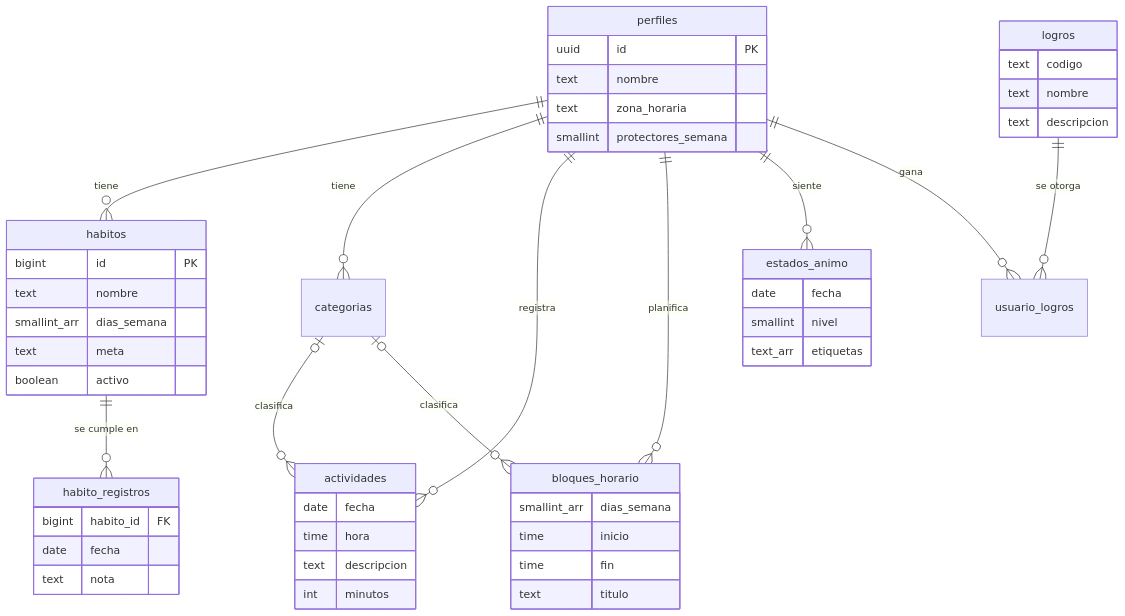
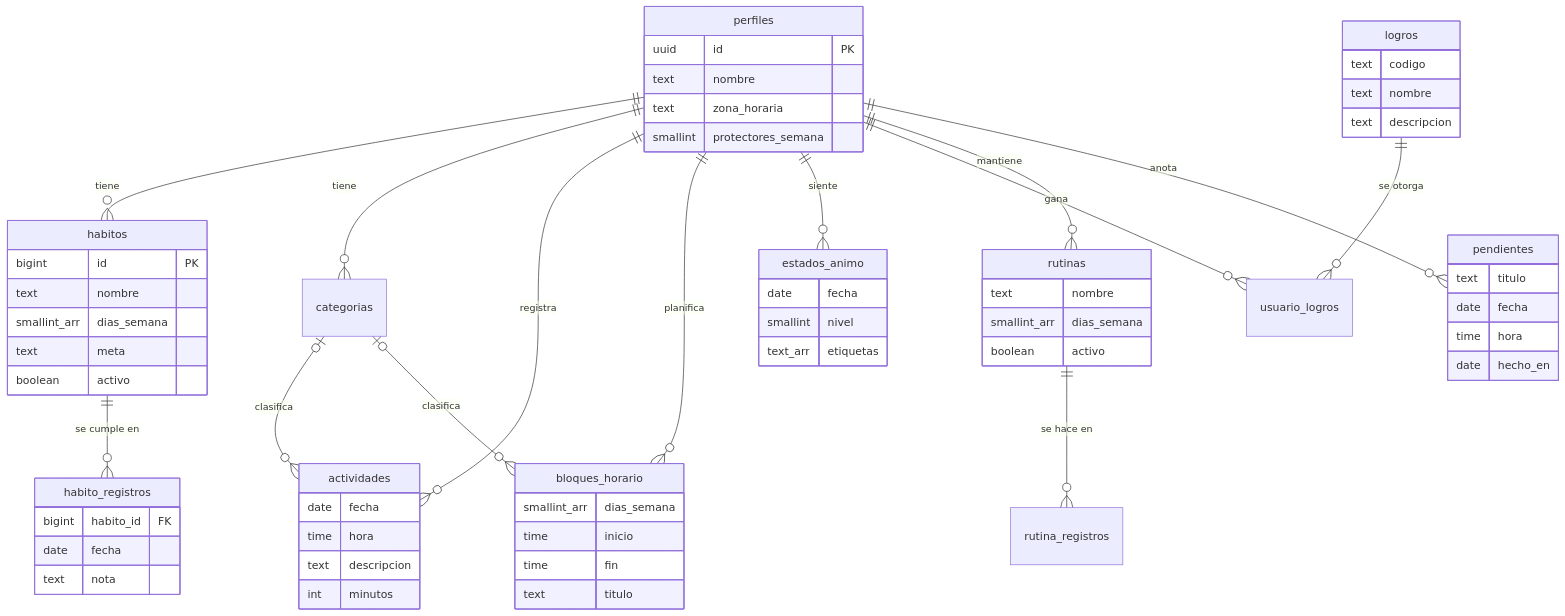
One commit to MarceRyan/Diarco changed the second of 3 diagrams in README.md. Above: the diagram before and after it, drawn with Mermaid. The commit also changed other lines of this file and 24 other files, not shown here.

First line of the commit message:
feat: agrega rutina sin racha y pendientes con o sin fecha

````diff
--- a/README.md
+++ b/README.md
@@ -86,54 +88,68 @@
 ```mermaid
 erDiagram
   perfiles ||--o{ habitos : tiene
   perfiles ||--o{ categorias : tiene
   perfiles ||--o{ actividades : registra
   perfiles ||--o{ bloques_horario : planifica
   perfiles ||--o{ estados_animo : siente
   perfiles ||--o{ usuario_logros : gana
+  perfiles ||--o{ rutinas : mantiene
+  perfiles ||--o{ pendientes : anota
+  rutinas ||--o{ rutina_registros : "se hace en"
   habitos ||--o{ habito_registros : "se cumple en"
   categorias |o--o{ actividades : clasifica
   categorias |o--o{ bloques_horario : clasifica
   logros ||--o{ usuario_logros : "se otorga"
 
   perfiles {
     uuid id PK
     text nombre
     text zona_horaria
     smallint protectores_semana
   }
   habitos {
     bigint id PK
     text nombre
     smallint_arr dias_semana
     text meta
     boolean activo
   }
   habito_registros {
     bigint habito_id FK
     date fecha
     text nota
   }
   actividades {
     date fecha
     time hora
     text descripcion
     int minutos
   }
   bloques_horario {
     smallint_arr dias_semana
     time inicio
     time fin
     text titulo
   }
   estados_animo {
     date fecha
     smallint nivel
     text_arr etiquetas
   }
+  rutinas {
+    text nombre
+    smallint_arr dias_semana
+    boolean activo
+  }
+  pendientes {
+    text titulo
+    date fecha
+    time hora
+    date hecho_en
+  }
   logros {
     text codigo
     text nombre
     text descripcion
   }
 ```
````
